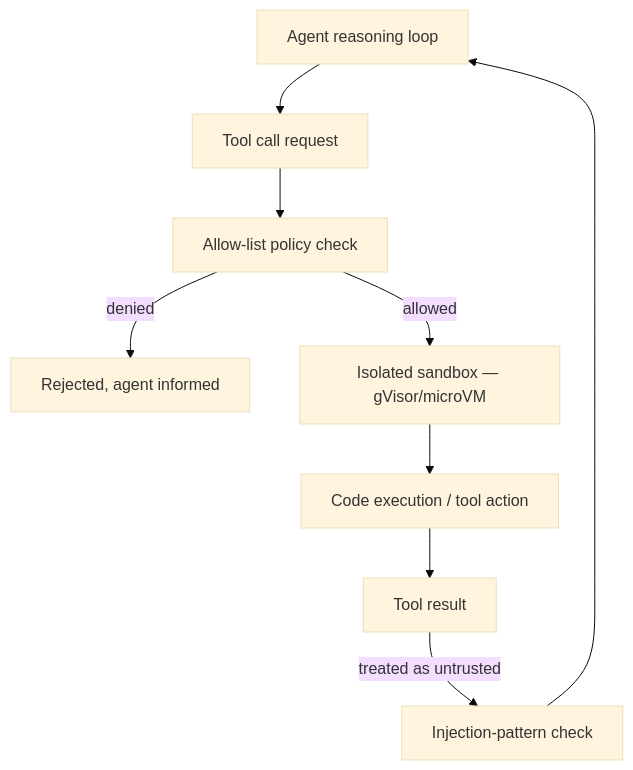
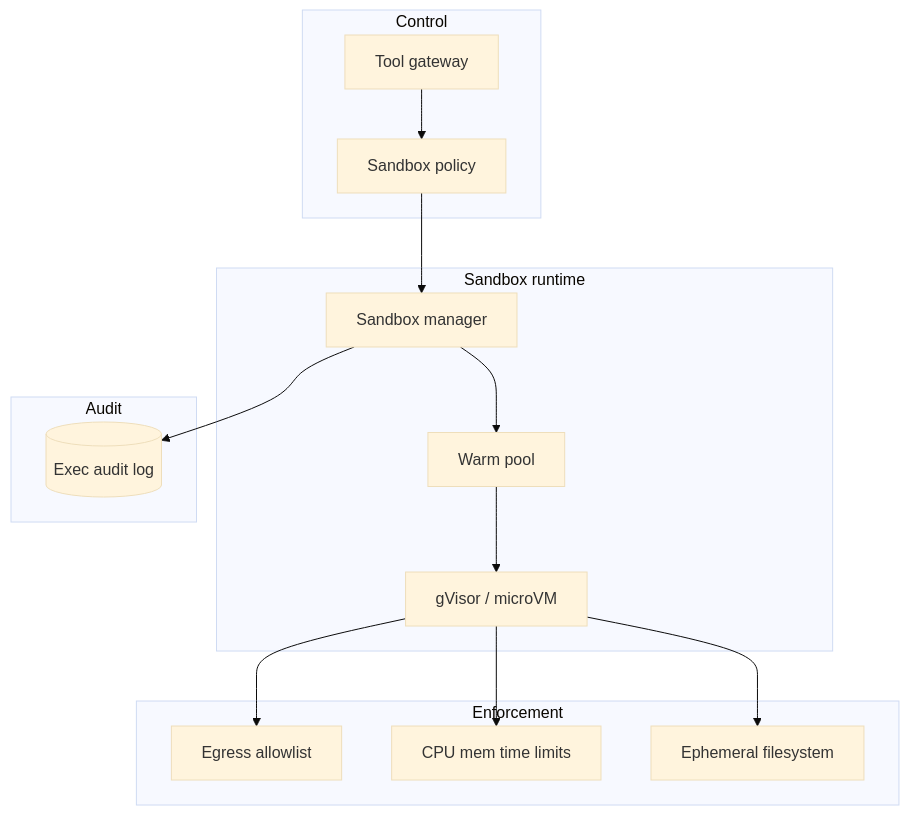
One commit to vpeetla-ai/ai-architect-interview-playbook changed the diagram in ui/content/markdown/ai-system-design/10-ai-agent-sandboxing-and-code-execution-security.md. Above: the diagram before and after it, drawn with Mermaid (base theme). The commit also changed other lines of this file and 54 other files, not shown here.

First line of the commit message:
Upgrade system-design APIs and replace HLD flowcharts with architecture diagrams.

````diff
--- a/ui/content/markdown/ai-system-design/10-ai-agent-sandboxing-and-code-execution-security.md
+++ b/ui/content/markdown/ai-system-design/10-ai-agent-sandboxing-and-code-execution-security.md
@@ -63,11 +78,26 @@
 ```mermaid
-flowchart TB
-    AGENT[Agent reasoning loop] --> TOOLCALL[Tool call request]
-    TOOLCALL --> POLICY[Allow-list policy check]
-    POLICY -->|denied| REJECT[Rejected, agent informed]
-    POLICY -->|allowed| SANDBOX[Isolated sandbox — gVisor/microVM]
-    SANDBOX --> EXEC[Code execution / tool action]
-    EXEC --> RESULT[Tool result]
-    RESULT -->|treated as untrusted| SCAN[Injection-pattern check]
-    SCAN --> AGENT
+graph TB
+  subgraph control [Control]
+    GW[Tool gateway]
+    Policy[Sandbox policy]
+  end
+  subgraph runtime [Sandbox runtime]
+    Mgr[Sandbox manager]
+    Pool[Warm pool]
+    Isol[gVisor / microVM]
+  end
+  subgraph limits [Enforcement]
+    Net[Egress allowlist]
+    Res[CPU mem time limits]
+    FS[Ephemeral filesystem]
+  end
+  subgraph audit [Audit]
+    Log[(Exec audit log)]
+  end
+  GW --> Policy --> Mgr
+  Mgr --> Pool --> Isol
+  Isol --> Net
+  Isol --> Res
+  Isol --> FS
+  Mgr --> Log
 ```
````
